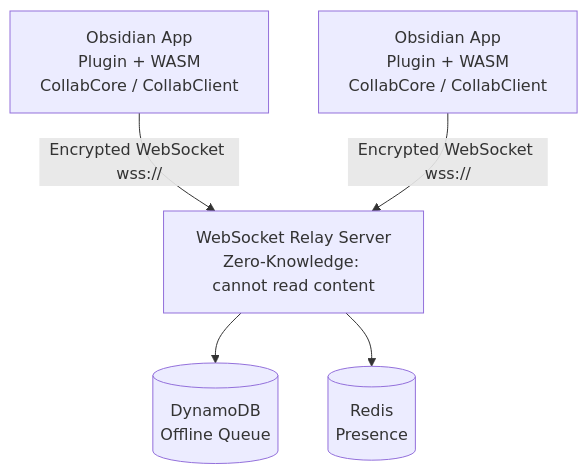
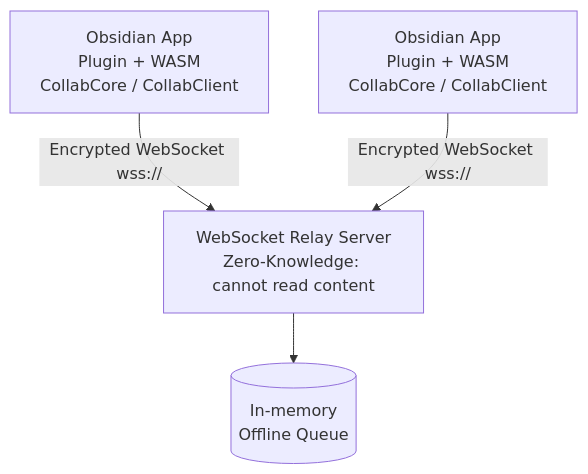
Before and after one commit to cajias/obsidian-ee: the first of 7 diagrams in docs/architecture.md, drawn with Mermaid. The commit also changed other lines of this file and 22 other files, not shown here.

````diff
--- a/docs/architecture.md
+++ b/docs/architecture.md
@@ -7,7 +7,6 @@
 ```mermaid
 graph TD
     A1[Obsidian App<br/>Plugin + WASM<br/>CollabCore / CollabClient] -->|Encrypted WebSocket wss://| R
     A2[Obsidian App<br/>Plugin + WASM<br/>CollabCore / CollabClient] -->|Encrypted WebSocket wss://| R
-    R[WebSocket Relay Server<br/>Zero-Knowledge: cannot read content] --> D[(DynamoDB<br/>Offline Queue)]
-    R --> Redis[(Redis<br/>Presence)]
+    R[WebSocket Relay Server<br/>Zero-Knowledge: cannot read content] --> D[(In-memory<br/>Offline Queue)]
 ```
````
